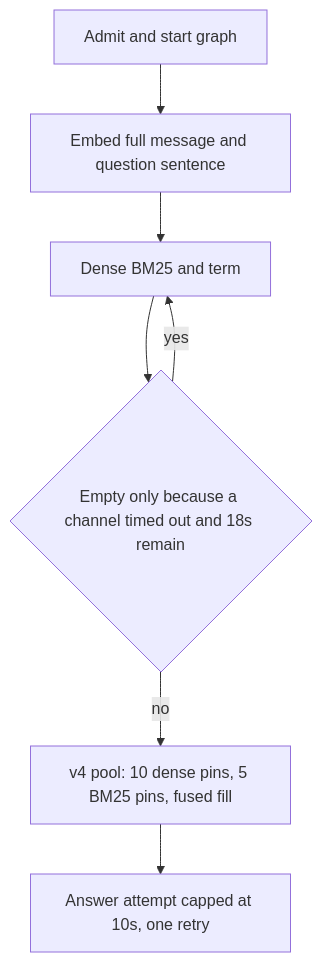
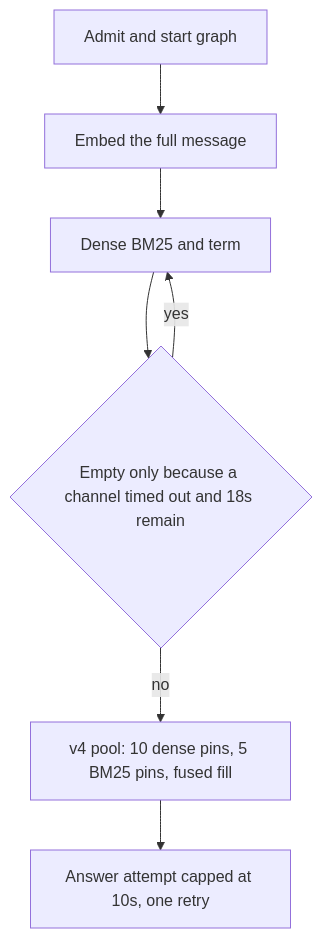
One commit to Nagdy8888/smart-rag changed the diagram in docs/adr/ADR-probe15-retrieval-and-release-repair.md. Above: the diagram before and after it, drawn with Mermaid. The commit also changed other lines of this file and 6 other files, not shown here.

First line of the commit message:
revert(retrieval): drop question-sentence search after a flat BM25 gate

````diff
--- a/docs/adr/ADR-probe15-retrieval-and-release-repair.md
+++ b/docs/adr/ADR-probe15-retrieval-and-release-repair.md
@@ -33,12 +33,12 @@
 ```mermaid
 flowchart TD
   admit[Admit and start graph]
-  search[Embed full message and question sentence]
+  search[Embed the full message]
   channels[Dense BM25 and term]
   rerun{Empty only because a channel timed out and 18s remain}
   pool[v4 pool: 10 dense pins, 5 BM25 pins, fused fill]
   answer[Answer attempt capped at 10s, one retry]
   admit --> search --> channels --> rerun
   rerun -->|yes| channels
   rerun -->|no| pool --> answer
 ```
````
